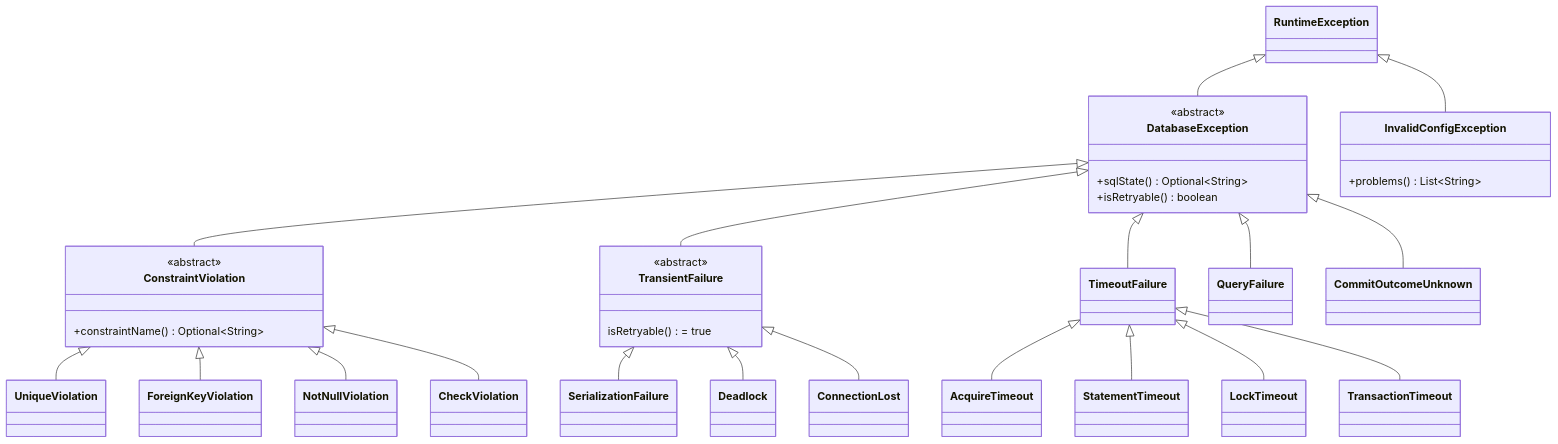
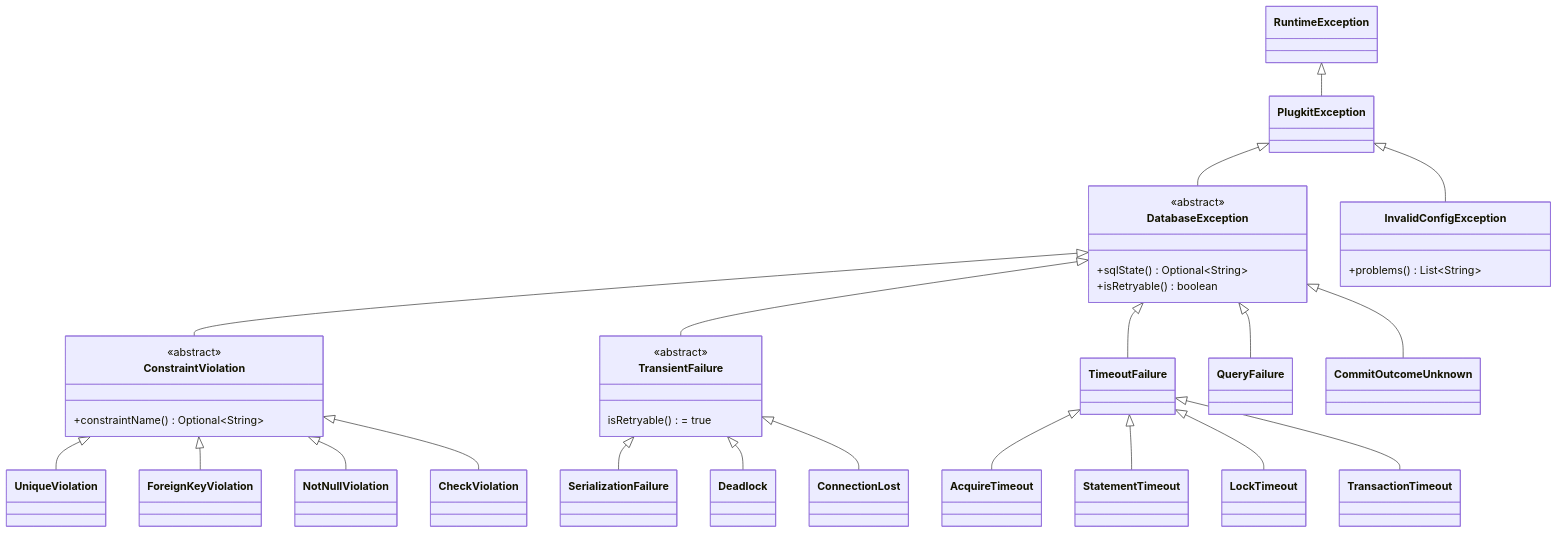
One commit to varnit-ta/plugkit-util changed the third of 3 diagrams in plugkit-db/docs/adr/0003-multi-database-support.md. Above: the diagram before and after it, drawn with Mermaid. The commit also changed other lines of this file and 76 other files, not shown here.

````diff
--- a/plugkit-db/docs/adr/0003-multi-database-support.md
+++ b/plugkit-db/docs/adr/0003-multi-database-support.md
@@ -240,37 +242,38 @@
 ```mermaid
 classDiagram
-    RuntimeException <|-- DatabaseException
-    RuntimeException <|-- InvalidConfigException
+    RuntimeException <|-- PlugkitException
+    PlugkitException <|-- DatabaseException
+    PlugkitException <|-- InvalidConfigException
     DatabaseException <|-- ConstraintViolation
     DatabaseException <|-- TransientFailure
     DatabaseException <|-- TimeoutFailure
     DatabaseException <|-- QueryFailure
     DatabaseException <|-- CommitOutcomeUnknown
     ConstraintViolation <|-- UniqueViolation
     ConstraintViolation <|-- ForeignKeyViolation
     ConstraintViolation <|-- NotNullViolation
     ConstraintViolation <|-- CheckViolation
     TransientFailure <|-- SerializationFailure
     TransientFailure <|-- Deadlock
     TransientFailure <|-- ConnectionLost
     TimeoutFailure <|-- AcquireTimeout
     TimeoutFailure <|-- StatementTimeout
     TimeoutFailure <|-- LockTimeout
     TimeoutFailure <|-- TransactionTimeout
     class DatabaseException {
         <<abstract>>
         +sqlState() Optional~String~
         +isRetryable() boolean
     }
     class ConstraintViolation {
         <<abstract>>
         +constraintName() Optional~String~
     }
     class TransientFailure {
         <<abstract>>
         isRetryable() = true
     }
     class InvalidConfigException {
         +problems() List~String~
     }
 ```
````
